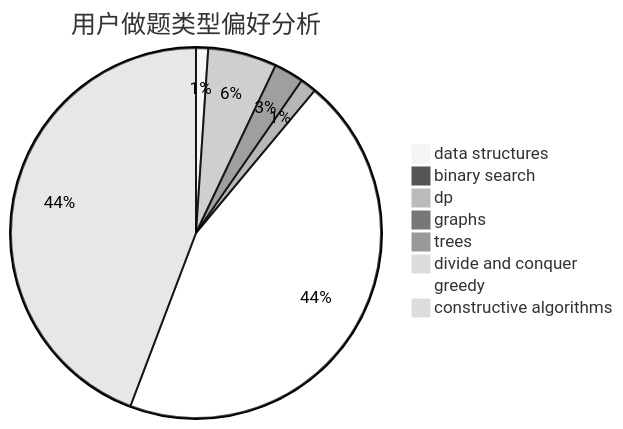
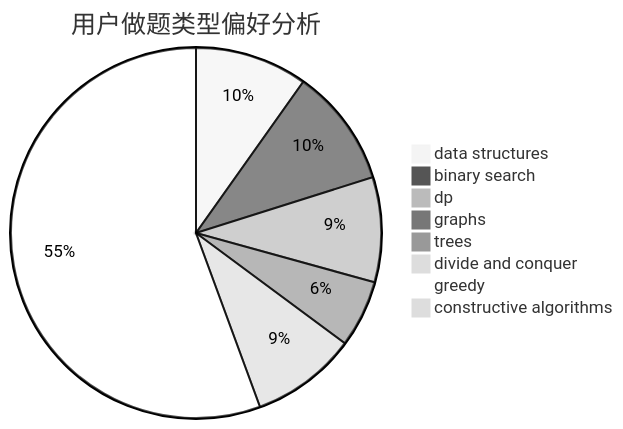
Before and after one commit to sherpahu/cfrs.github.io: the second of 3 diagrams in docs/user/u548.md, drawn with Mermaid (neutral theme). The commit also changed other lines of this file and 2770 other files, not shown here.

````diff
--- a/docs/user/u548.md
+++ b/docs/user/u548.md
@@ -23,11 +23,11 @@
 ```mermaid
 pie title 用户做题类型偏好分析
-    "data structures" :  9
-    "binary search" :  8
-    "dp" :  51
-    "graphs" :  22
-    "trees" :  12
-    "divide and conquer" :  0
-    "greedy" :  380
-    "constructive algorithms" :  376
+    "data structures" :  119
+    "binary search" :  125
+    "dp" :  111
+    "graphs" :  10
+    "trees" :  71
+    "divide and conquer" :  112
+    "greedy" :  674
+    "constructive algorithms" :  2
 ```
````
